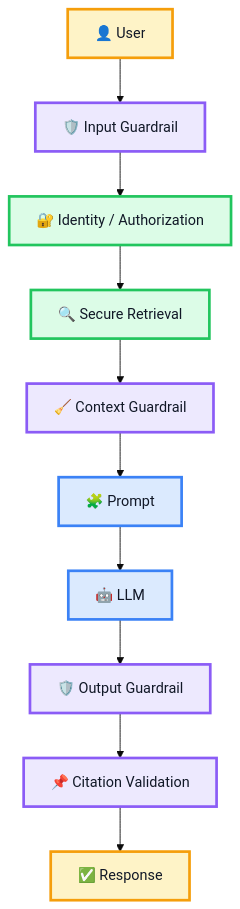
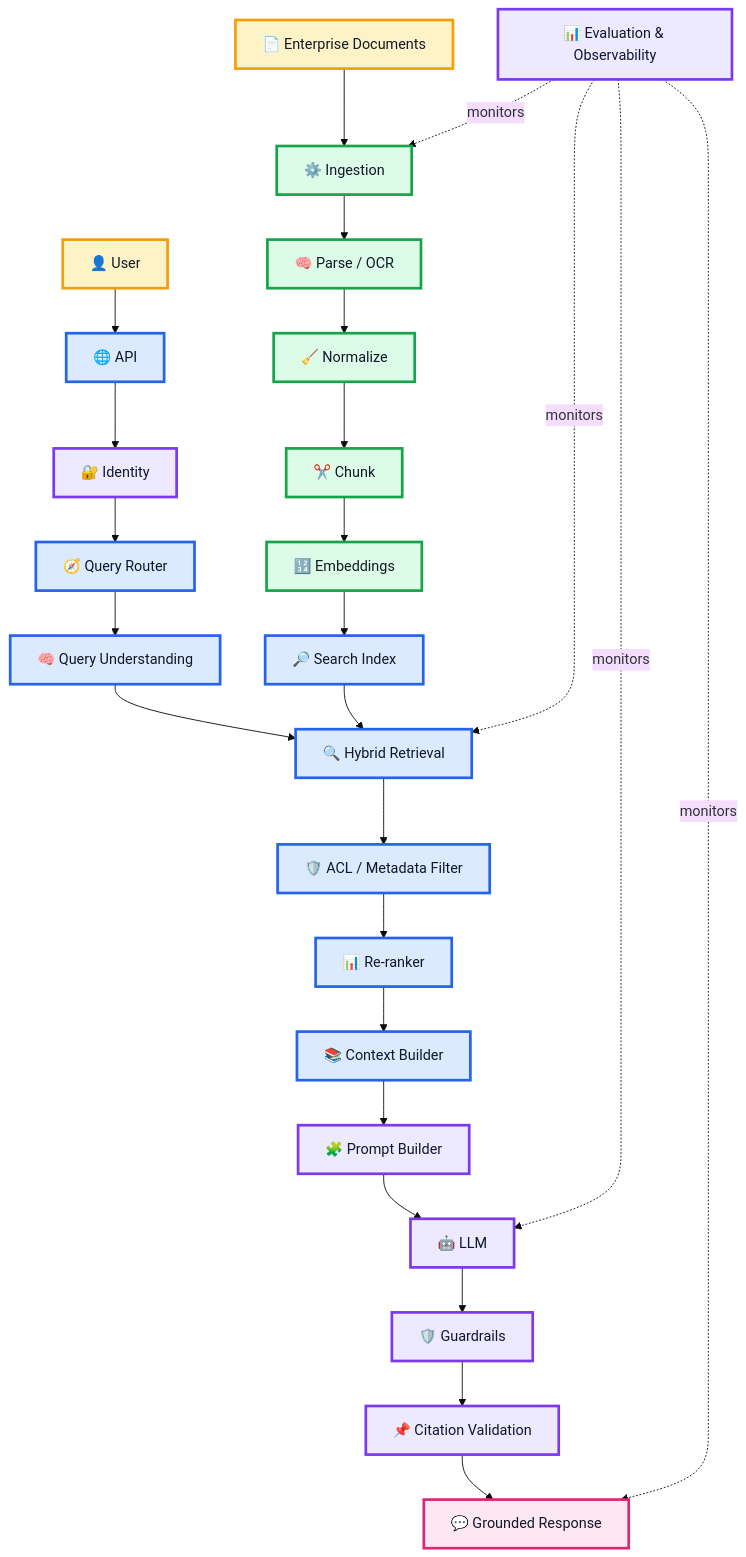
The fourth of 5 diagrams in RAG-explained-in-depth.md (azam123/awesome-ai-engineer), drawn with Mermaid (base theme) before and after one commit. The commit also changed other lines of this file, not shown here.

Commit message:
docs: improve RAG diagrams with clear colored boxes and arrows

```diff
--- a/RAG-explained-in-depth.md
+++ b/RAG-explained-in-depth.md
@@ -1851,23 +1831,24 @@
 ~~~mermaid
 flowchart TD
-    U["👤 User"] --> IG["🛡️ Input Guardrail"]
-    IG --> ID["🔐 Identity / Authorization"]
-    ID --> R["🔍 Secure Retrieval"]
-    R --> CG["🧹 Context Guardrail"]
-    CG --> P["🧩 Prompt"]
-    P --> L["🤖 LLM"]
-    L --> OG["🛡️ Output Guardrail"]
-    OG --> C["📌 Citation Validation"]
-    C --> A["✅ Response"]
+    DOC["📄 Enterprise Documents"] --> ING["⚙️ Ingestion"] --> PARSE["🧠 Parse / OCR"] --> CLEAN["🧹 Normalize"] --> CHUNK["✂️ Chunk"] --> EMB["🔢 Embeddings"] --> INDEX["🔎 Search Index"]
 
-    classDef yellow fill:#FEF3C7,stroke:#F59E0B,color:#111827,stroke-width:3px;
-    classDef green fill:#DCFCE7,stroke:#22C55E,color:#111827,stroke-width:3px;
-    classDef blue fill:#DBEAFE,stroke:#3B82F6,color:#111827,stroke-width:3px;
-    classDef purple fill:#EDE9FE,stroke:#8B5CF6,color:#111827,stroke-width:3px;
+    USER["👤 User"] --> API["🌐 API"] --> AUTH["🔐 Identity"] --> ROUTER["🧭 Query Router"] --> QE["🧠 Query Understanding"] --> RET["🔍 Hybrid Retrieval"]
+    INDEX --> RET
+    RET --> ACL["🛡️ ACL / Metadata Filter"] --> RANK["📊 Re-ranker"] --> CTX["📚 Context Builder"] --> PROMPT["🧩 Prompt Builder"] --> LLM["🤖 LLM"] --> GUARD["🛡️ Guardrails"] --> CITE["📌 Citation Validation"] --> RESP["💬 Grounded Response"]
 
-    class U yellow;
-    class IG,CG,OG,C purple;
-    class ID,R green;
-    class P,L blue;
-    class A yellow;
+    OBS["📊 Evaluation & Observability"] -. monitors .-> ING
+    OBS -. monitors .-> RET
+    OBS -. monitors .-> LLM
+    OBS -. monitors .-> RESP
+
+    classDef source fill:#FEF3C7,stroke:#F59E0B,color:#111827,stroke-width:3px;
+    classDef prep fill:#DCFCE7,stroke:#16A34A,color:#111827,stroke-width:3px;
+    classDef retrieve fill:#DBEAFE,stroke:#2563EB,color:#111827,stroke-width:3px;
+    classDef generate fill:#EDE9FE,stroke:#7C3AED,color:#111827,stroke-width:3px;
+    classDef result fill:#FCE7F3,stroke:#DB2777,color:#111827,stroke-width:3px;
+    class DOC,USER source;
+    class ING,PARSE,CLEAN,CHUNK,EMB prep;
+    class INDEX,API,ROUTER,QE,RET,ACL,RANK,CTX retrieve;
+    class AUTH,PROMPT,LLM,GUARD,CITE,OBS generate;
+    class RESP result;
 ~~~
```
